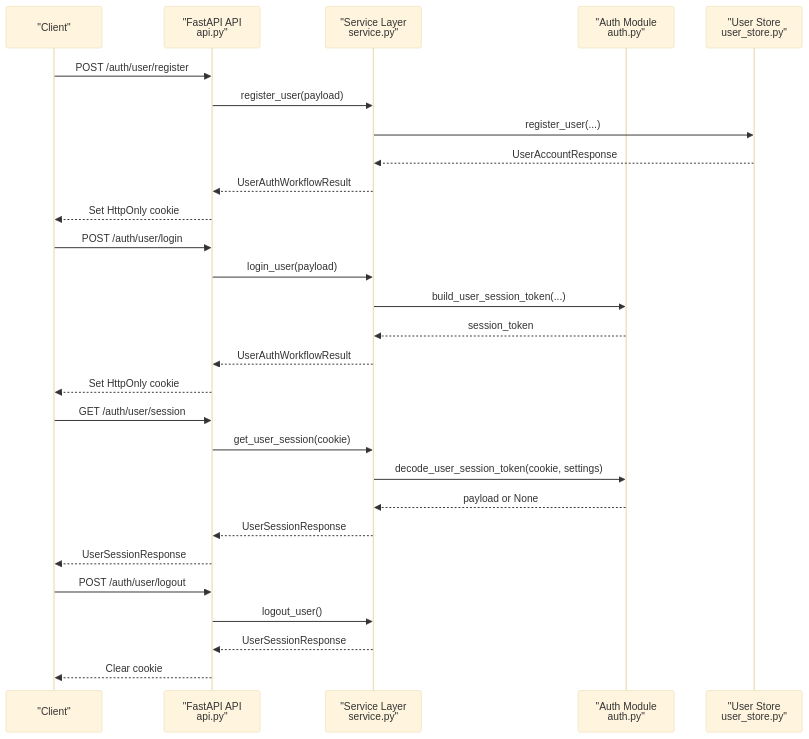
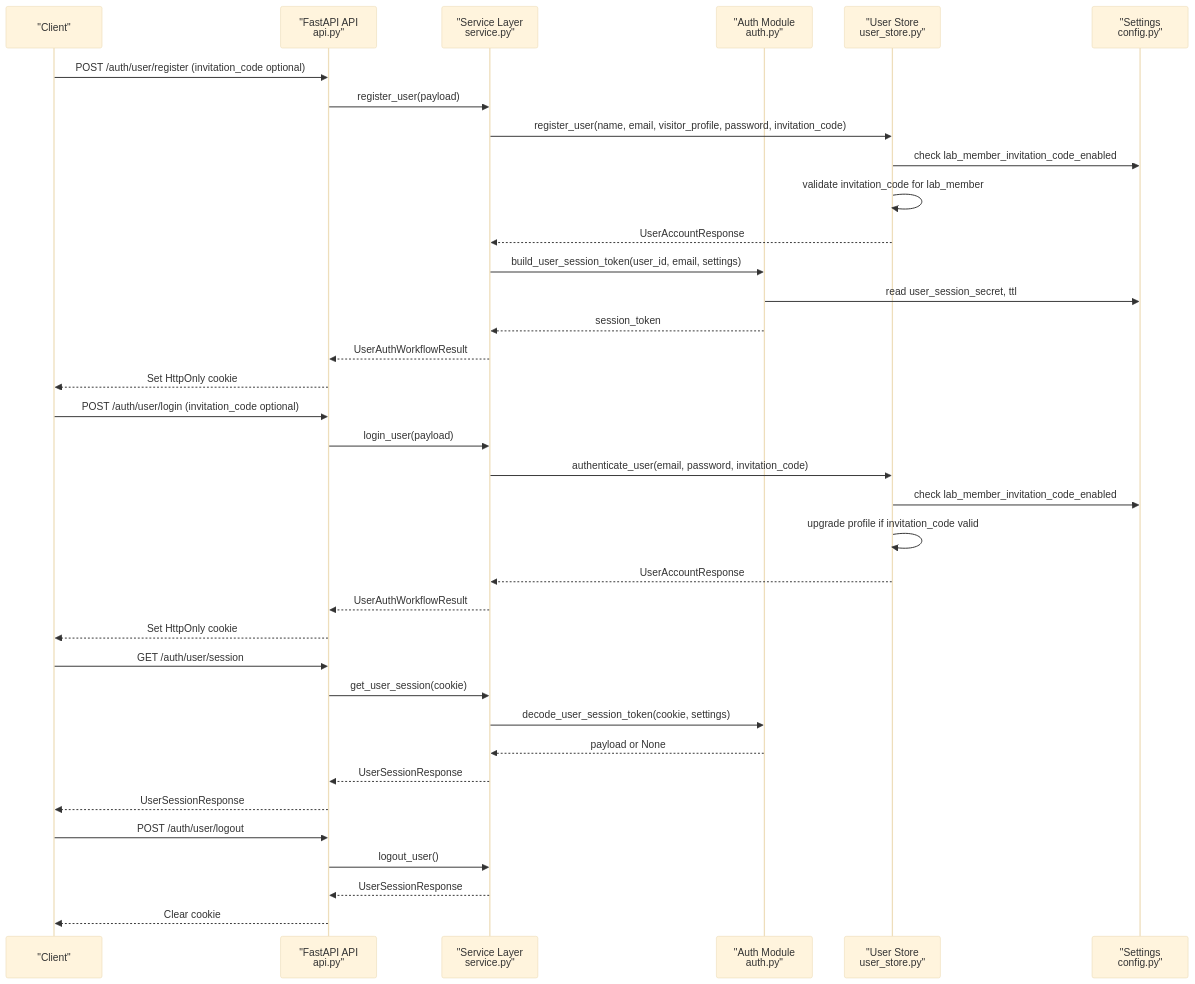
The seventh of 14 diagrams in .qoder/repowiki/en/content/Core Components/Authentication System.md (intellistream/sage-mate), drawn with Mermaid (base theme) before and after one commit. The commit also changed other lines of this file and 115 other files, not shown here.

````diff
--- a/.qoder/repowiki/en/content/Core Components/Authentication System.md
+++ b/.qoder/repowiki/en/content/Core Components/Authentication System.md
@@ -237,30 +292,38 @@
 ```mermaid
 sequenceDiagram
 participant Client as "Client"
 participant API as "FastAPI API<br/>api.py"
 participant Service as "Service Layer<br/>service.py"
 participant Auth as "Auth Module<br/>auth.py"
 participant Store as "User Store<br/>user_store.py"
-Client->>API : POST /auth/user/register
+participant Config as "Settings<br/>config.py"
+Client->>API : POST /auth/user/register (invitation_code optional)
 API->>Service : register_user(payload)
-Service->>Store : register_user(...)
+Service->>Store : register_user(name, email, visitor_profile, password, invitation_code)
+Store->>Config : check lab_member_invitation_code_enabled
+Store->>Store : validate invitation_code for lab_member
 Store-->>Service : UserAccountResponse
+Service->>Auth : build_user_session_token(user_id, email, settings)
+Auth->>Config : read user_session_secret, ttl
+Auth-->>Service : session_token
 Service-->>API : UserAuthWorkflowResult
 API-->>Client : Set HttpOnly cookie
-Client->>API : POST /auth/user/login
+Client->>API : POST /auth/user/login (invitation_code optional)
 API->>Service : login_user(payload)
-Service->>Auth : build_user_session_token(...)
-Auth-->>Service : session_token
+Service->>Store : authenticate_user(email, password, invitation_code)
+Store->>Config : check lab_member_invitation_code_enabled
+Store->>Store : upgrade profile if invitation_code valid
+Store-->>Service : UserAccountResponse
 Service-->>API : UserAuthWorkflowResult
 API-->>Client : Set HttpOnly cookie
 Client->>API : GET /auth/user/session
 API->>Service : get_user_session(cookie)
 Service->>Auth : decode_user_session_token(cookie, settings)
 Auth-->>Service : payload or None
 Service-->>API : UserSessionResponse
 API-->>Client : UserSessionResponse
 Client->>API : POST /auth/user/logout
 API->>Service : logout_user()
 Service-->>API : UserSessionResponse
 API-->>Client : Clear cookie
 ```
````
